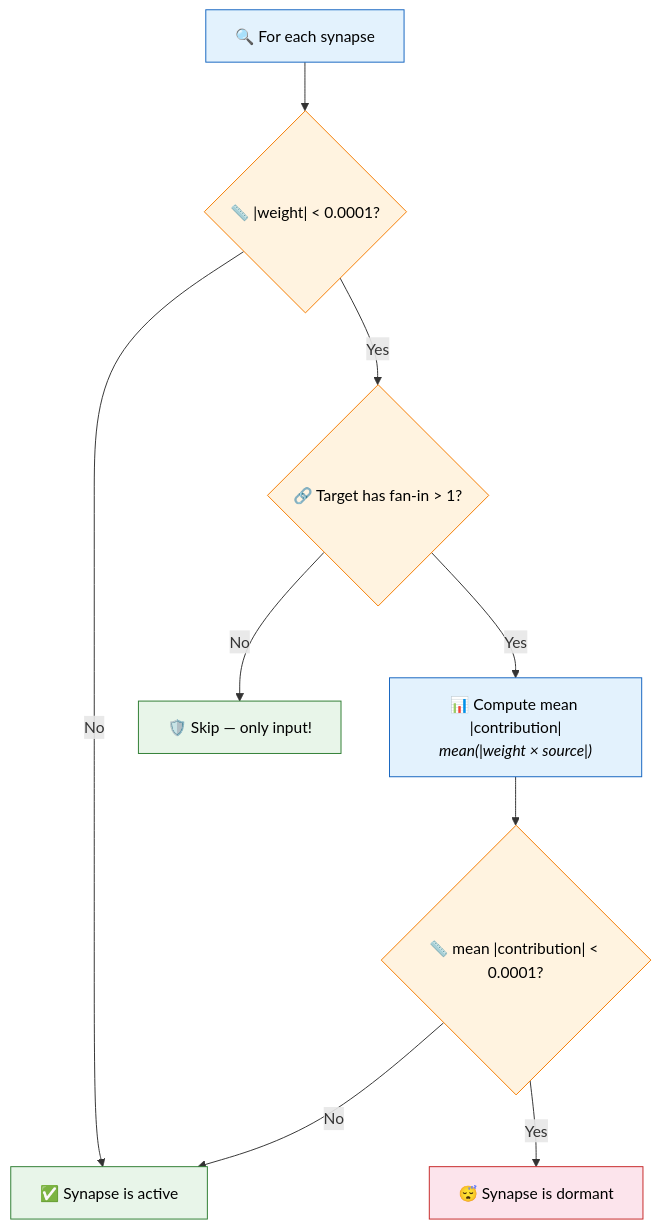
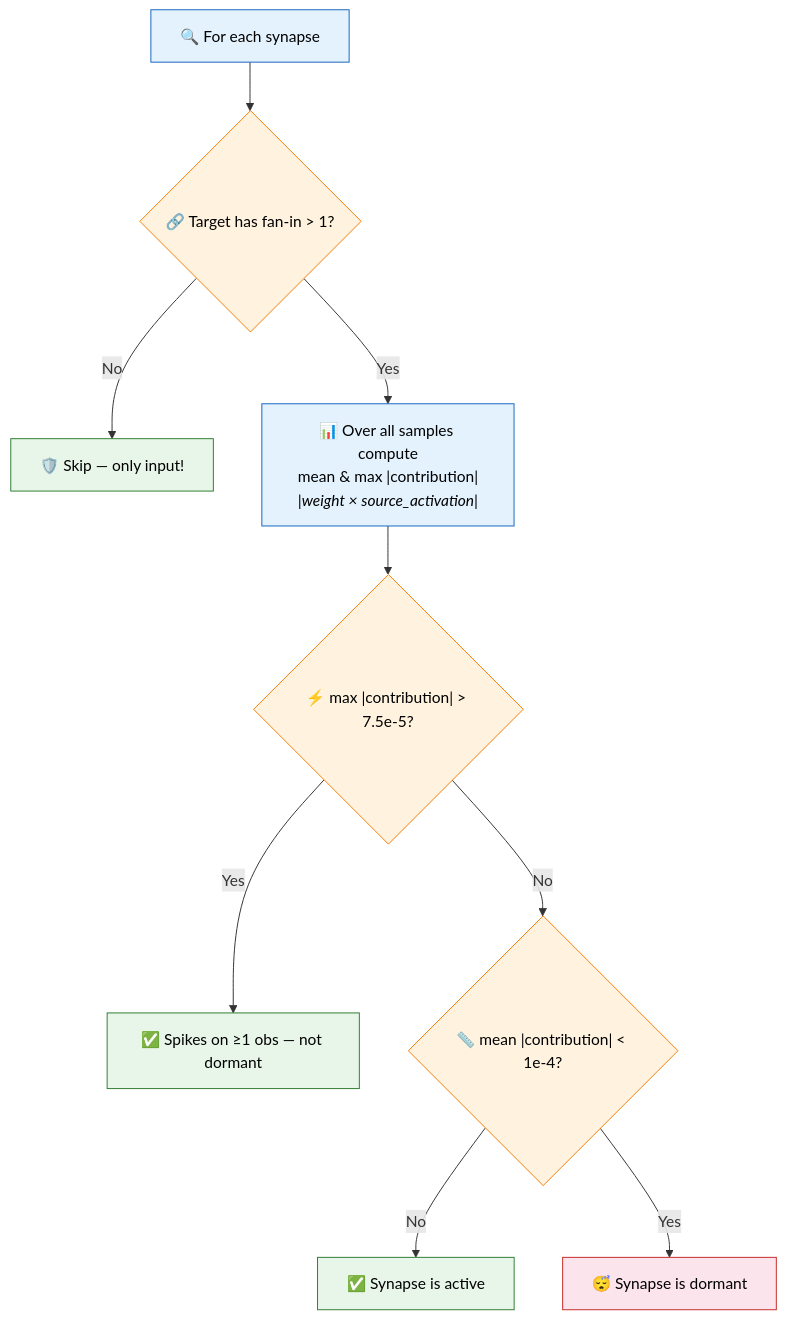
One commit to stSoftwareAU/NEAT-AI-Discovery changed the second of 4 diagrams in docs/discoveries/dormant-synapse.md. Above: the diagram before and after it, drawn with Mermaid. The commit also changed other lines of this file and 6 other files, not shown here.

````diff
--- a/docs/discoveries/dormant-synapse.md
+++ b/docs/discoveries/dormant-synapse.md
@@ -35,19 +38,20 @@
 ```mermaid
 flowchart TD
-    A["🔍 For each synapse"] --> B{"📏 |weight| < 0.0001?"}
-    B -->|No| Z["✅ Synapse is active"]
-    B -->|Yes| C{"🔗 Target has fan-in > 1?"}
+    A["🔍 For each synapse"] --> C{"🔗 Target has fan-in > 1?"}
     C -->|No| Z2["🛡️ Skip — only input!"]
-    C -->|Yes| D["📊 Compute mean |contribution|<br/><i>mean(|weight × source|)</i>"]
-    D --> E{"📏 mean |contribution| < 0.0001?"}
-    E -->|No| Z
+    C -->|Yes| D["📊 Over all samples compute<br/>mean & max |contribution|<br/><i>|weight × source_activation|</i>"]
+    D --> S{"⚡ max |contribution| > 7.5e-5?"}
+    S -->|Yes| Z3["✅ Spikes on ≥1 obs — not dormant"]
+    S -->|No| E{"📏 mean |contribution| < 1e-4?"}
+    E -->|No| Z["✅ Synapse is active"]
     E -->|Yes| F["😴 Synapse is dormant"]
     style A fill:#e3f2fd,stroke:#1565c0,color:#000
-    style B fill:#fff3e0,stroke:#f57c00,color:#000
     style C fill:#fff3e0,stroke:#f57c00,color:#000
     style D fill:#e3f2fd,stroke:#1565c0,color:#000
+    style S fill:#fff3e0,stroke:#f57c00,color:#000
     style E fill:#fff3e0,stroke:#f57c00,color:#000
     style F fill:#fce4ec,stroke:#c62828,color:#000
     style Z fill:#e8f5e9,stroke:#2e7d32,color:#000
     style Z2 fill:#e8f5e9,stroke:#2e7d32,color:#000
+    style Z3 fill:#e8f5e9,stroke:#2e7d32,color:#000
 ```
````
